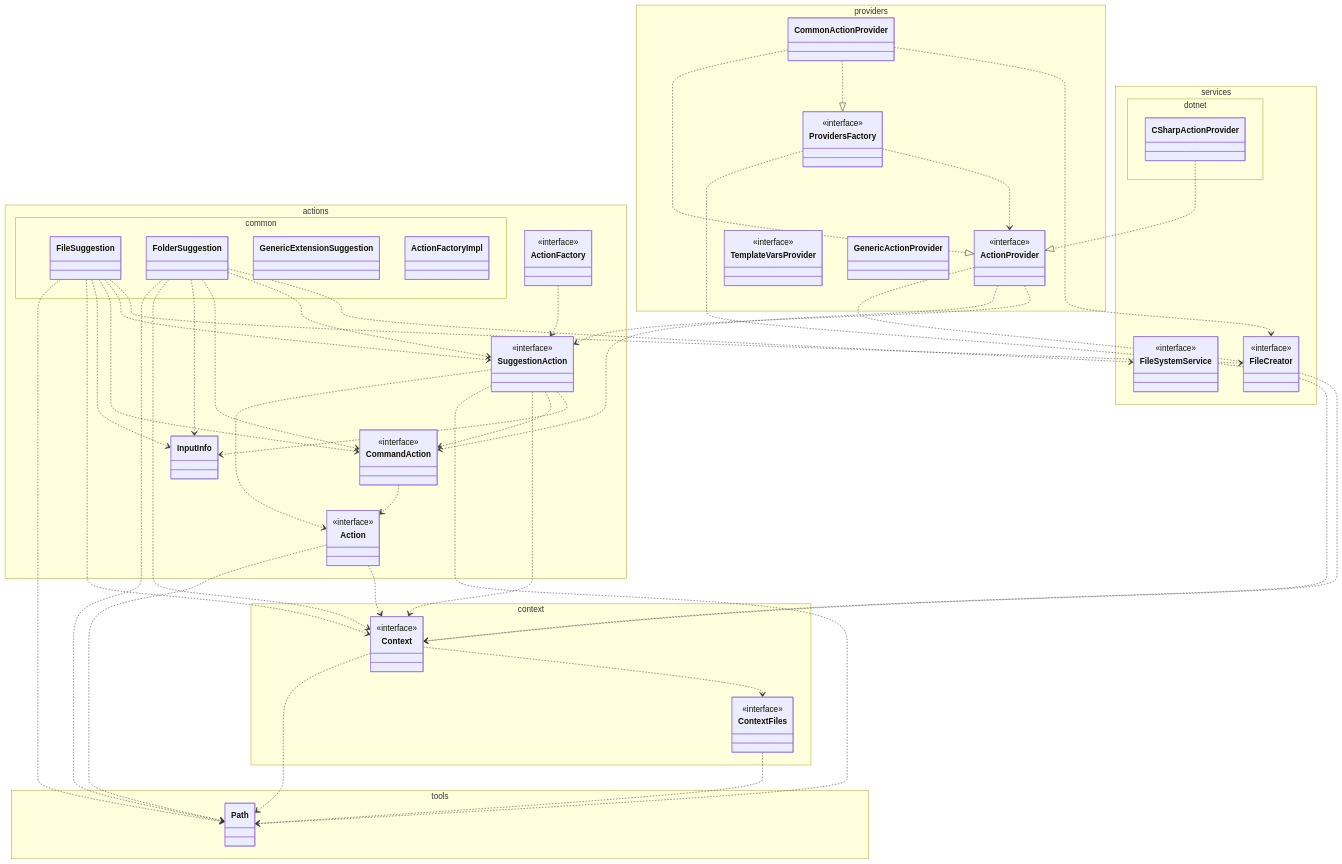
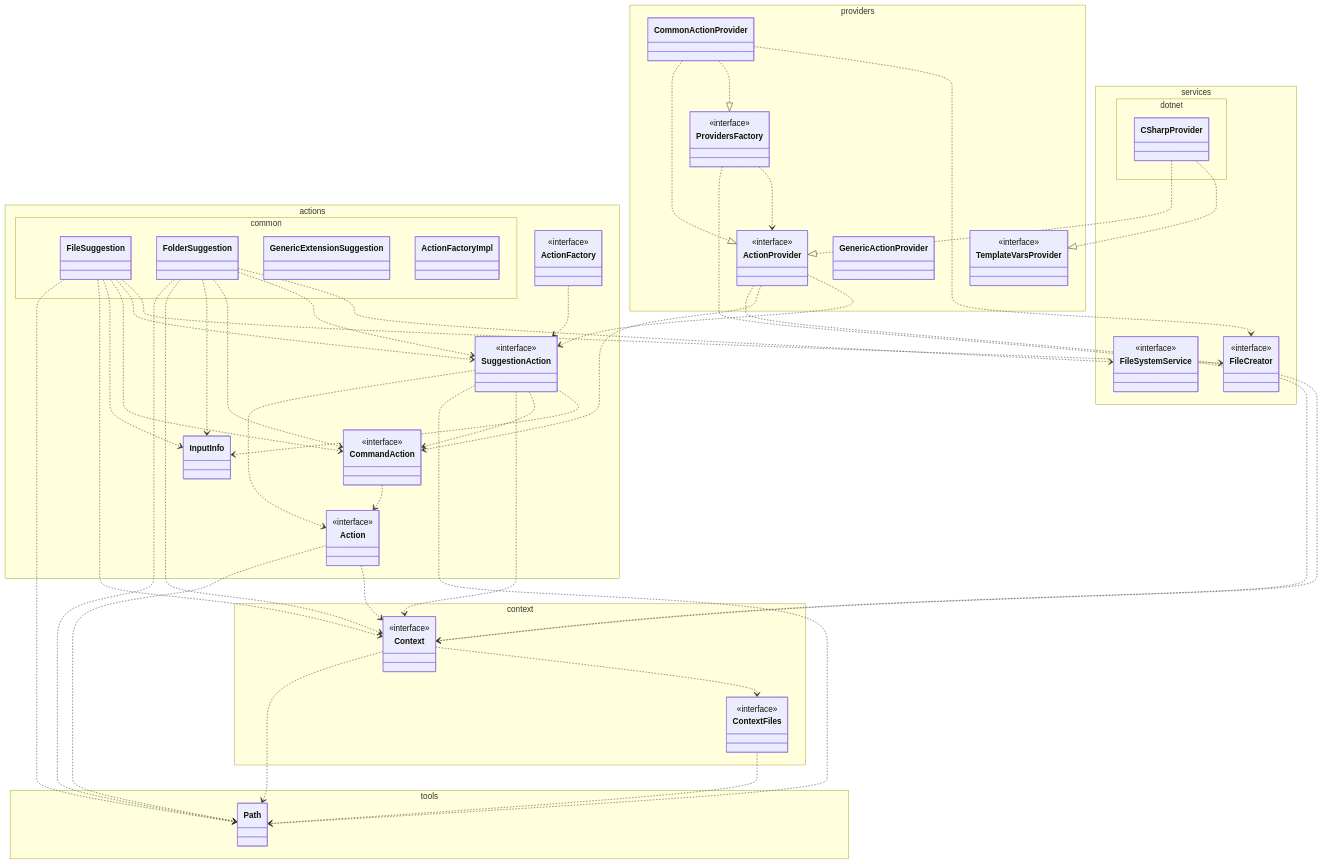
One commit to Vasek-gh/vscode-create changed the diagram in mermaid.mmd. Above: the diagram before and after it, drawn with Mermaid. The commit also changed 22 other files, not shown here.

```diff
--- a/mermaid.mmd
+++ b/mermaid.mmd
@@ -1,116 +1,117 @@
 classDiagram
 
 namespace tools {
     class Path {
     }
 }
 
 namespace actions {
     class InputInfo {
     }
     class Action {
         <<interface>>
     }
     class ActionFactory {
         <<interface>>
     }
     class CommandAction {
         <<interface>>
     }
     class SuggestionAction {
         <<interface>>
     }
 }
 
 namespace actions.common {
     class FileSuggestion {
     }
     class FolderSuggestion {
     }
     class GenericExtensionSuggestion {
     }
     class ActionFactoryImpl {
     }
 }
 
 namespace context {
     class Context {
         <<interface>>
     }
     class ContextFiles {
         <<interface>>
     }
 }
 
 namespace providers {
     class ActionProvider {
         <<interface>>
     }
     class ProvidersFactory {
         <<interface>>
     }
     class TemplateVarsProvider {
         <<interface>>
     }
     class CommonActionProvider {
     }
     class GenericActionProvider {
     }
 }
 
 namespace services {
     class FileCreator {
         <<interface>>
     }
     class FileSystemService {
         <<interface>>
     }
 }
 
 namespace services.dotnet {
-    class CSharpActionProvider {
+    class CSharpProvider {
 
     }
 }
 
 
 Action ..> Path
 Action ..> Context
 ActionFactory ..> SuggestionAction
 CommandAction ..> Action
 SuggestionAction ..> Action
 SuggestionAction ..> Path
 SuggestionAction ..> Context
 SuggestionAction ..> CommandAction
 SuggestionAction ..> InputInfo
 
 FileSuggestion ..> Path
 FileSuggestion ..> Context
 FileSuggestion ..> InputInfo
 FileSuggestion ..> CommandAction
 FileSuggestion ..> SuggestionAction
 FileSuggestion ..> FileCreator
 
 FolderSuggestion ..> Path
 FolderSuggestion ..> Context
 FolderSuggestion ..> InputInfo
 FolderSuggestion ..> CommandAction
 FolderSuggestion ..> SuggestionAction
 FolderSuggestion ..> FileSystemService
 
 ActionProvider ..> Context
 ActionProvider ..> CommandAction
 ActionProvider ..> SuggestionAction
 
 ProvidersFactory ..> Context
 ProvidersFactory ..> ActionProvider
 
 Context ..> Path
 Context ..> ContextFiles
 ContextFiles ..> Path
 
 CommonActionProvider ..|> ActionProvider
 CommonActionProvider ..|> ProvidersFactory
 CommonActionProvider ..> FileCreator
 
-CSharpActionProvider ..|> ActionProvider
+CSharpProvider ..|> ActionProvider
+CSharpProvider ..|> TemplateVarsProvider
```
